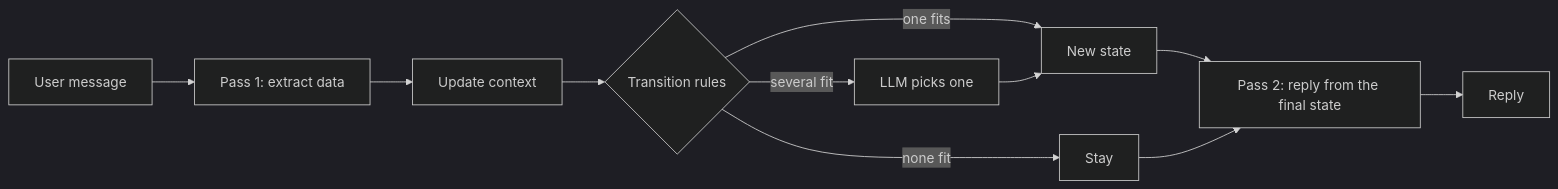
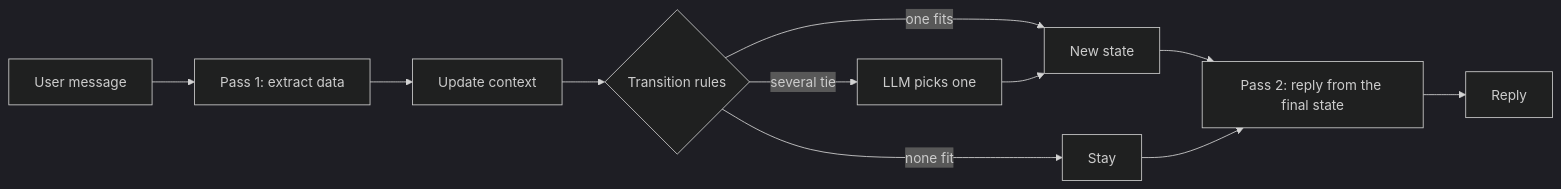
Before and after one commit to NikolasMarkou/fsm_llm: the diagram in README.md, drawn with Mermaid (dark theme). The commit also changed other lines of this file and 49 other files, not shown here.

````diff
--- a/README.md
+++ b/README.md
@@ -32,12 +32,12 @@
 ```mermaid
 flowchart LR
     U[User message] --> P1[Pass 1: extract data]
     P1 --> C[Update context]
     C --> T{Transition rules}
     T -- one fits --> S[New state]
-    T -- several fit --> L[LLM picks one] --> S
+    T -- several tie --> L[LLM picks one] --> S
     T -- none fit --> K[Stay]
     S --> P2[Pass 2: reply from the final state]
     K --> P2
     P2 --> R[Reply]
 ```
````
